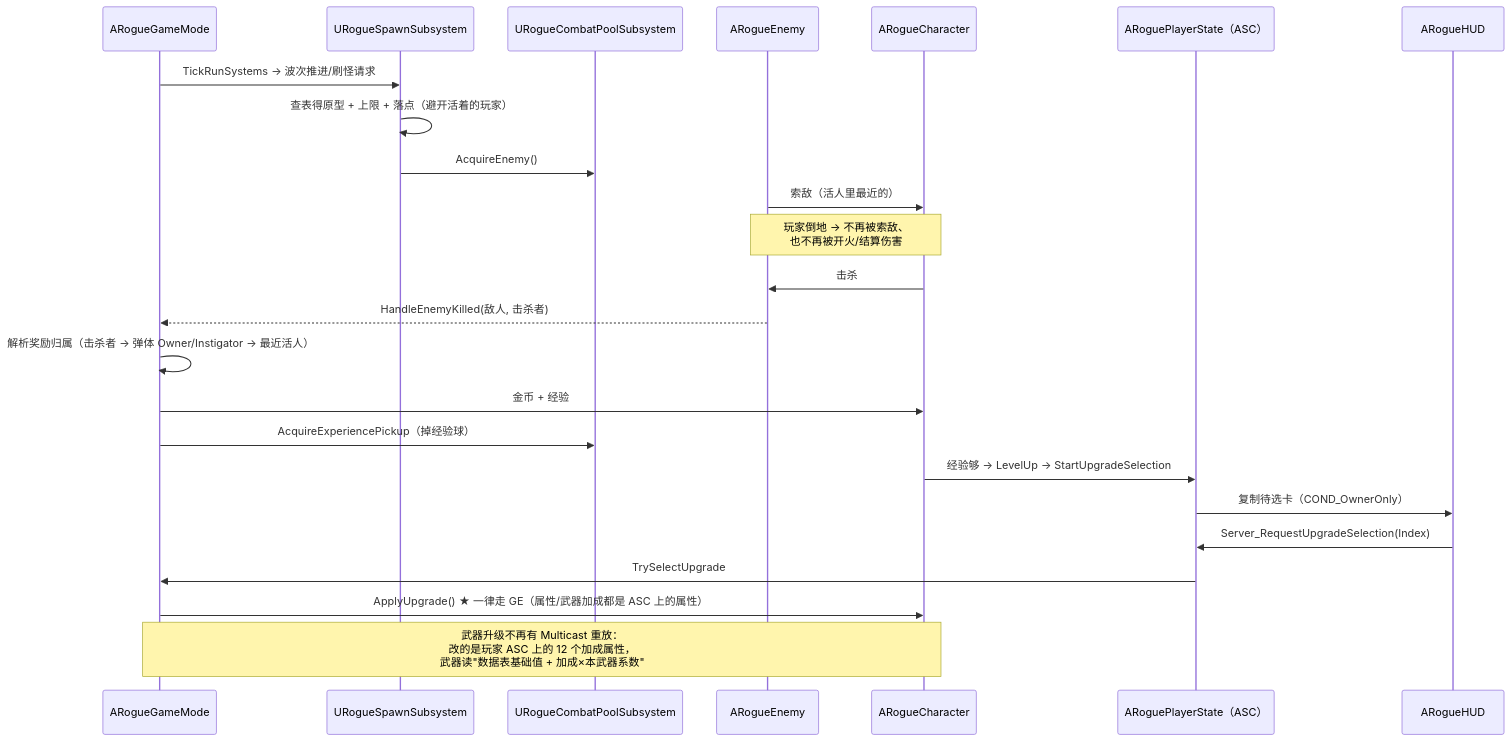
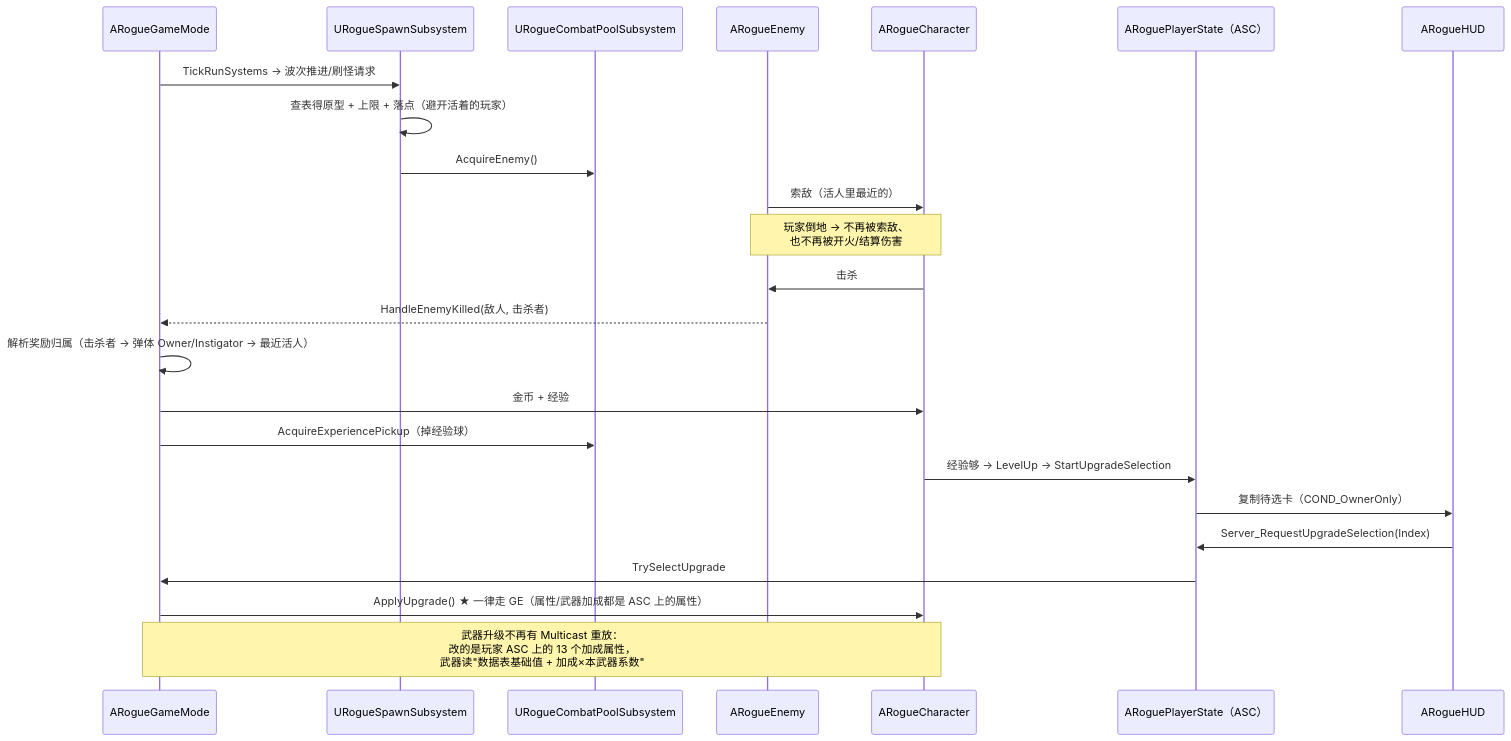
Before and after one commit to Elysiasloverly/AI-: the sixth of 6 diagrams in Docs/Project-Structure.md, drawn with Mermaid. The commit also changed other lines of this file and 21 other files, not shown here.

````diff
--- a/Docs/Project-Structure.md
+++ b/Docs/Project-Structure.md
@@ -295,27 +298,27 @@
 ```mermaid
 sequenceDiagram
     participant GM as ARogueGameMode
     participant SP as URogueSpawnSubsystem
     participant Pool as URogueCombatPoolSubsystem
     participant E as ARogueEnemy
     participant C as ARogueCharacter
     participant PS as ARoguePlayerState（ASC）
     participant HUD as ARogueHUD
 
     GM->>SP: TickRunSystems → 波次推进/刷怪请求
     SP->>SP: 查表得原型 + 上限 + 落点（避开活着的玩家）
     SP->>Pool: AcquireEnemy()
     E->>C: 索敌（活人里最近的）
     Note over E,C: 玩家倒地 → 不再被索敌、<br/>也不再被开火/结算伤害
     C->>E: 击杀
     E-->>GM: HandleEnemyKilled(敌人, 击杀者)
     GM->>GM: 解析奖励归属（击杀者 → 弹体 Owner/Instigator → 最近活人）
     GM->>C: 金币 + 经验
     GM->>Pool: AcquireExperiencePickup（掉经验球）
     C->>PS: 经验够 → LevelUp → StartUpgradeSelection
     PS->>HUD: 复制待选卡（COND_OwnerOnly）
     HUD->>PS: Server_RequestUpgradeSelection(Index)
     PS->>GM: TrySelectUpgrade
     GM->>C: ApplyUpgrade()  ★ 一律走 GE（属性/武器加成都是 ASC 上的属性）
-    Note over GM,C: 武器升级不再有 Multicast 重放：<br/>改的是玩家 ASC 上的 12 个加成属性，<br/>武器读"数据表基础值 + 加成×本武器系数"
+    Note over GM,C: 武器升级不再有 Multicast 重放：<br/>改的是玩家 ASC 上的 13 个加成属性，<br/>武器读"数据表基础值 + 加成×本武器系数"
 ```
````
